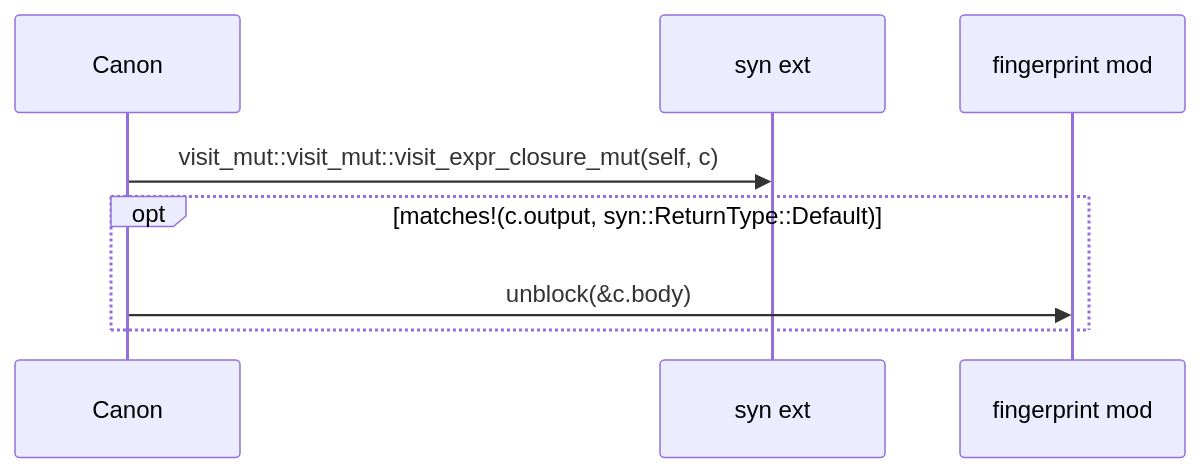
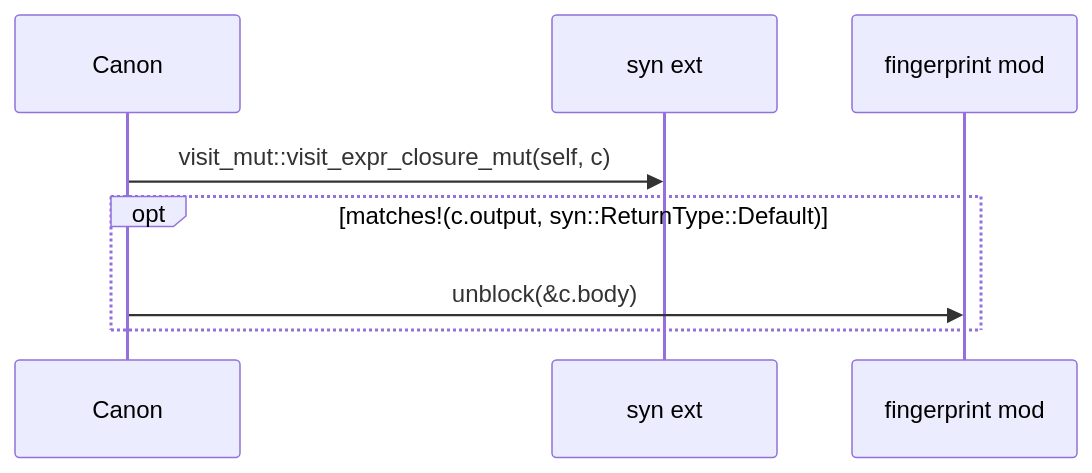
Before and after one commit to DreamLab-AI/codemaid: the fourth of 16 diagrams in docs/sealmap/crates/sealmap-rust/src/fingerprint.rs.md, drawn with Mermaid. The commit also changed other lines of this file and 29 other files, not shown here.

````diff
--- a/docs/sealmap/crates/sealmap-rust/src/fingerprint.rs.md
+++ b/docs/sealmap/crates/sealmap-rust/src/fingerprint.rs.md
@@ -135,10 +135,10 @@
 ```mermaid
 sequenceDiagram
   participant sealmap_rust__fingerprint___tCanon as Canon
   participant _syn as syn ext
   participant sealmap_rust__fingerprint as fingerprint mod
-  sealmap_rust__fingerprint___tCanon->>_syn: visit_mut::visit_mut::visit_expr_closure_mut(self, c)
+  sealmap_rust__fingerprint___tCanon->>_syn: visit_mut::visit_expr_closure_mut(self, c)
   opt matches!(c.output, syn::ReturnType::Default)
     sealmap_rust__fingerprint___tCanon->>sealmap_rust__fingerprint: unblock(&c.body)
   end
 ```
````
